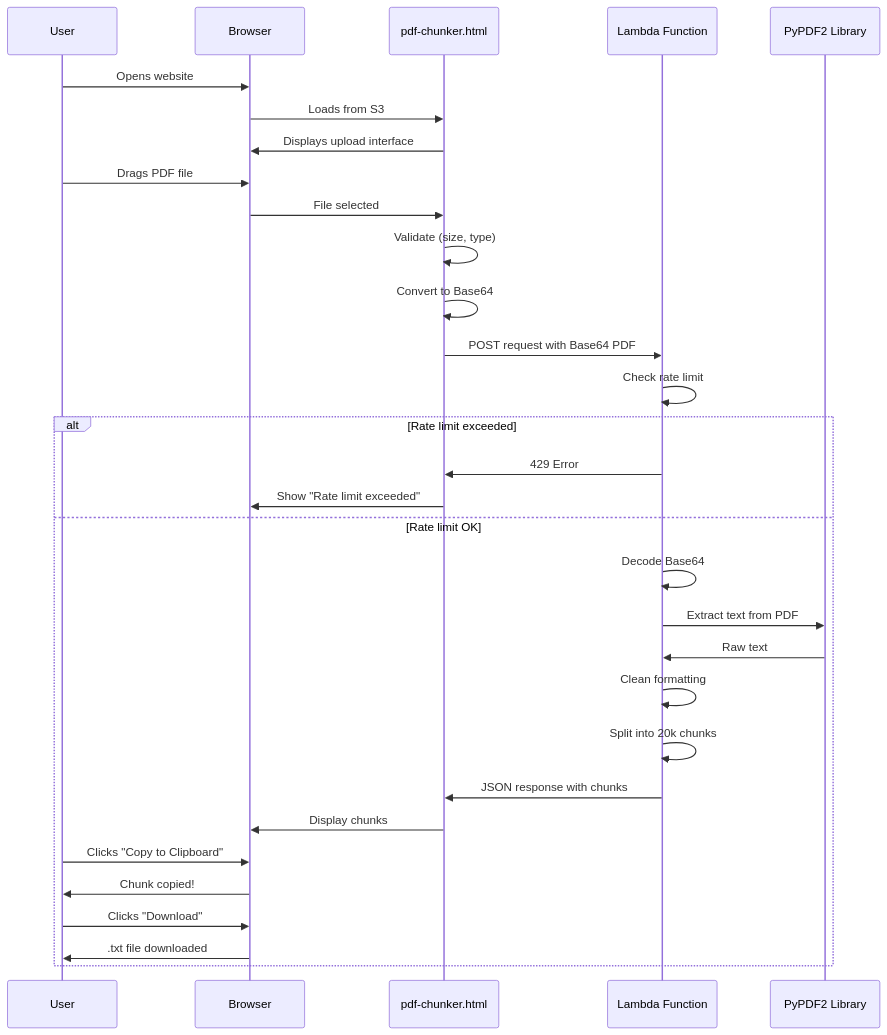
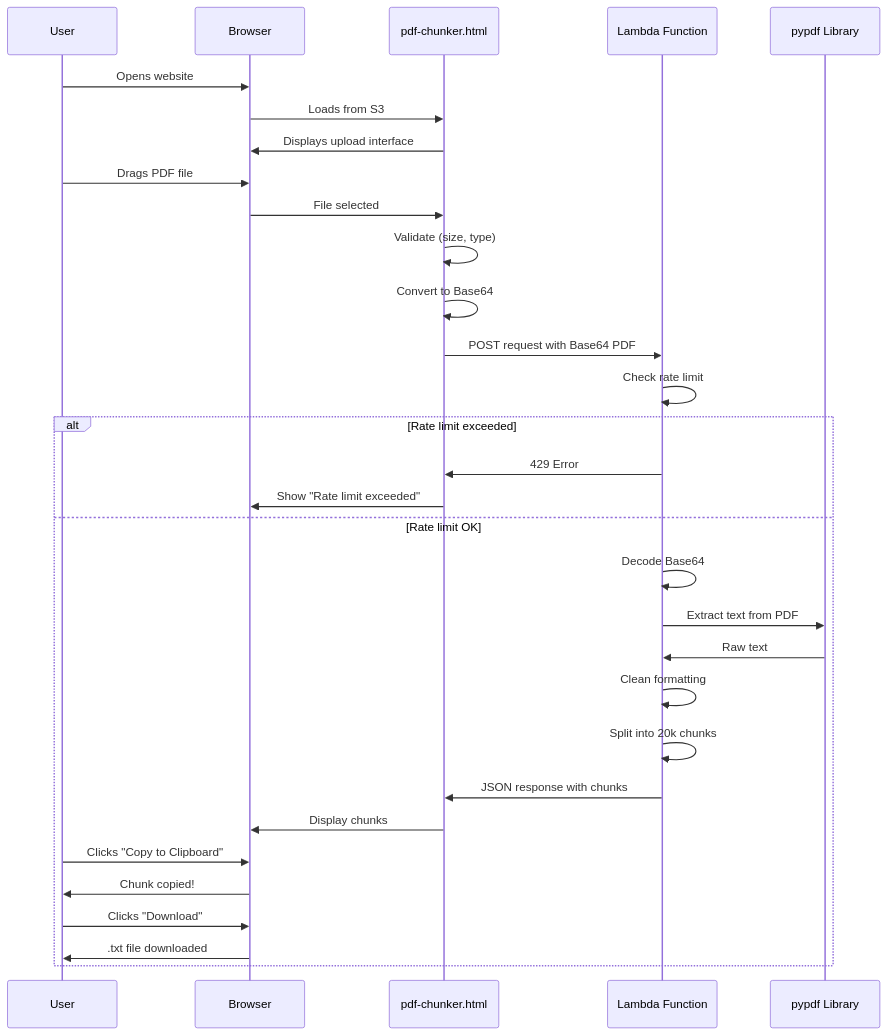
Before and after one commit to dave-schmidt-dev/pdf-chunker: the diagram in Diagrams/user-workflow.mermaid, drawn with Mermaid. The commit also changed 3 other files, not shown here.

First line of the commit message:
Docs: Update Mermaid diagrams for pypdf migration

```diff
--- a/Diagrams/user-workflow.mermaid
+++ b/Diagrams/user-workflow.mermaid
@@ -1,41 +1,41 @@
 sequenceDiagram
     participant User
     participant Browser
     participant HTML as pdf-chunker.html
     participant Lambda as Lambda Function
-    participant PyPDF2 as PyPDF2 Library
+    participant pypdf as pypdf Library
     
     User->>Browser: Opens website
     Browser->>HTML: Loads from S3
     HTML->>Browser: Displays upload interface
     
     User->>Browser: Drags PDF file
     Browser->>HTML: File selected
     
     HTML->>HTML: Validate (size, type)
     HTML->>HTML: Convert to Base64
     
     HTML->>Lambda: POST request with Base64 PDF
     
     Lambda->>Lambda: Check rate limit
     
     alt Rate limit exceeded
         Lambda->>HTML: 429 Error
         HTML->>Browser: Show "Rate limit exceeded"
     else Rate limit OK
         Lambda->>Lambda: Decode Base64
-        Lambda->>PyPDF2: Extract text from PDF
-        PyPDF2->>Lambda: Raw text
+        Lambda->>pypdf: Extract text from PDF
+        pypdf->>Lambda: Raw text
         
         Lambda->>Lambda: Clean formatting
         Lambda->>Lambda: Split into 20k chunks
         
         Lambda->>HTML: JSON response with chunks
         HTML->>Browser: Display chunks
         
         User->>Browser: Clicks "Copy to Clipboard"
         Browser->>User: Chunk copied!
         
         User->>Browser: Clicks "Download"
         Browser->>User: .txt file downloaded
     end
```
